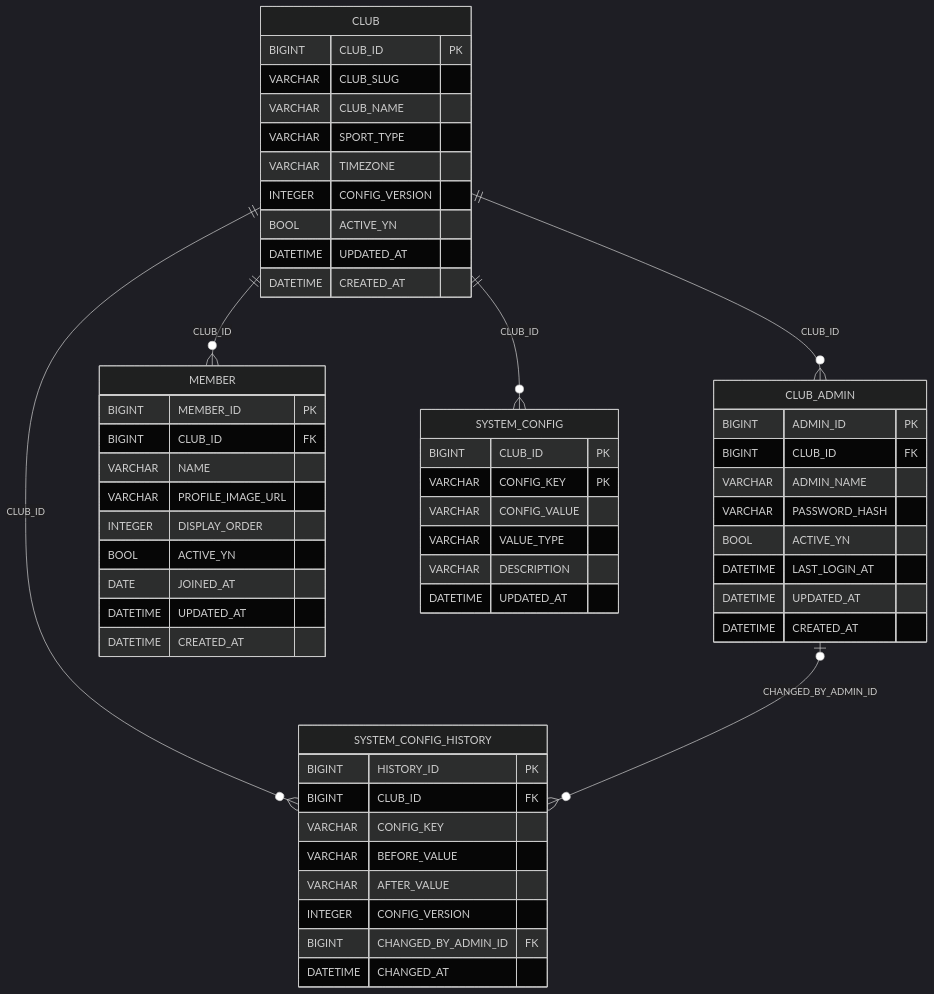
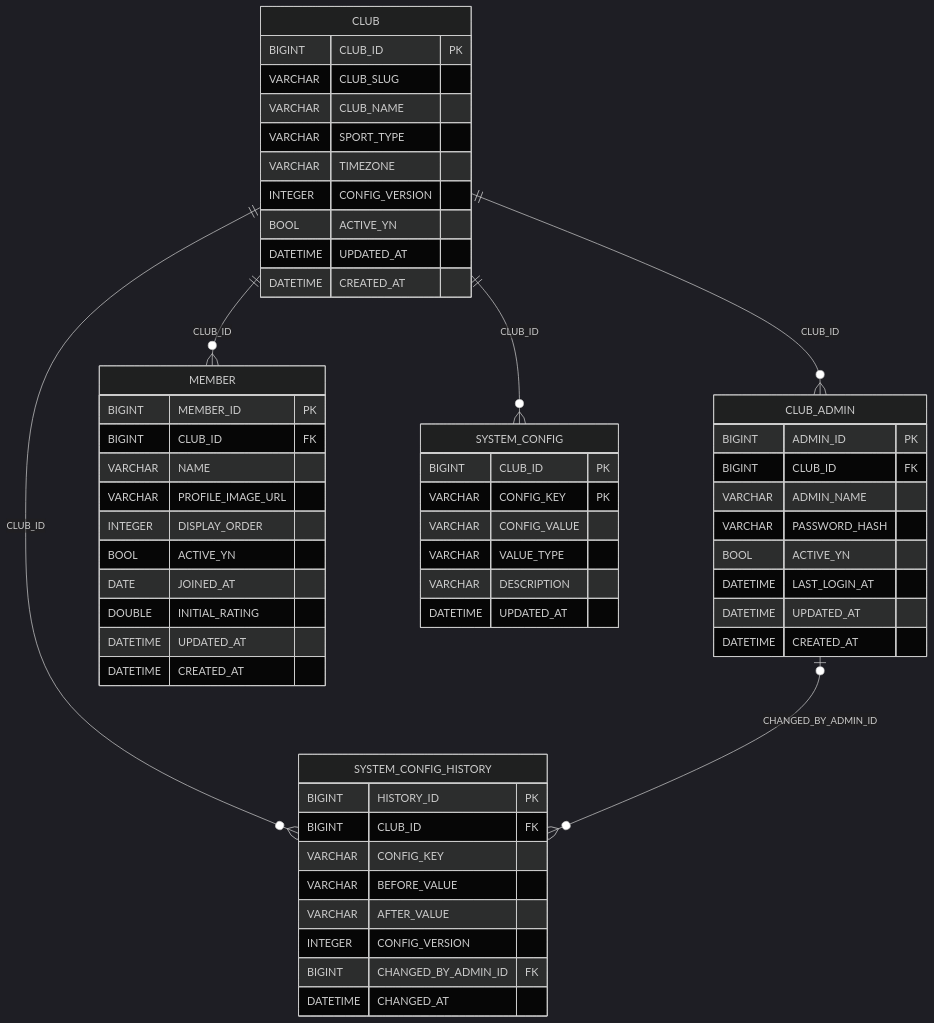
Before and after one commit to preferJ/clubwire: the first of 5 diagrams in docs/ERD.md, drawn with Mermaid (dark theme). The commit also changed 20 other files, not shown here.

````diff
--- a/docs/ERD.md
+++ b/docs/ERD.md
@@ -7,58 +7,59 @@
 ```mermaid
 erDiagram
     CLUB {
         BIGINT CLUB_ID PK
         VARCHAR CLUB_SLUG
         VARCHAR CLUB_NAME
         VARCHAR SPORT_TYPE
         VARCHAR TIMEZONE
         INTEGER CONFIG_VERSION
         BOOL ACTIVE_YN
         DATETIME UPDATED_AT
         DATETIME CREATED_AT
     }
     CLUB_ADMIN {
         BIGINT ADMIN_ID PK
         BIGINT CLUB_ID FK
         VARCHAR ADMIN_NAME
         VARCHAR PASSWORD_HASH
         BOOL ACTIVE_YN
         DATETIME LAST_LOGIN_AT
         DATETIME UPDATED_AT
         DATETIME CREATED_AT
     }
     MEMBER {
         BIGINT MEMBER_ID PK
         BIGINT CLUB_ID FK
         VARCHAR NAME
         VARCHAR PROFILE_IMAGE_URL
         INTEGER DISPLAY_ORDER
         BOOL ACTIVE_YN
         DATE JOINED_AT
+        DOUBLE INITIAL_RATING
         DATETIME UPDATED_AT
         DATETIME CREATED_AT
     }
     SYSTEM_CONFIG {
         BIGINT CLUB_ID PK
         VARCHAR CONFIG_KEY PK
         VARCHAR CONFIG_VALUE
         VARCHAR VALUE_TYPE
         VARCHAR DESCRIPTION
         DATETIME UPDATED_AT
     }
     SYSTEM_CONFIG_HISTORY {
         BIGINT HISTORY_ID PK
         BIGINT CLUB_ID FK
         VARCHAR CONFIG_KEY
         VARCHAR BEFORE_VALUE
         VARCHAR AFTER_VALUE
         INTEGER CONFIG_VERSION
         BIGINT CHANGED_BY_ADMIN_ID FK
         DATETIME CHANGED_AT
     }
     CLUB ||--o{ CLUB_ADMIN : "CLUB_ID"
     CLUB ||--o{ MEMBER : "CLUB_ID"
     CLUB ||--o{ SYSTEM_CONFIG : "CLUB_ID"
     CLUB ||--o{ SYSTEM_CONFIG_HISTORY : "CLUB_ID"
     CLUB_ADMIN |o--o{ SYSTEM_CONFIG_HISTORY : "CHANGED_BY_ADMIN_ID"
 ```
````
